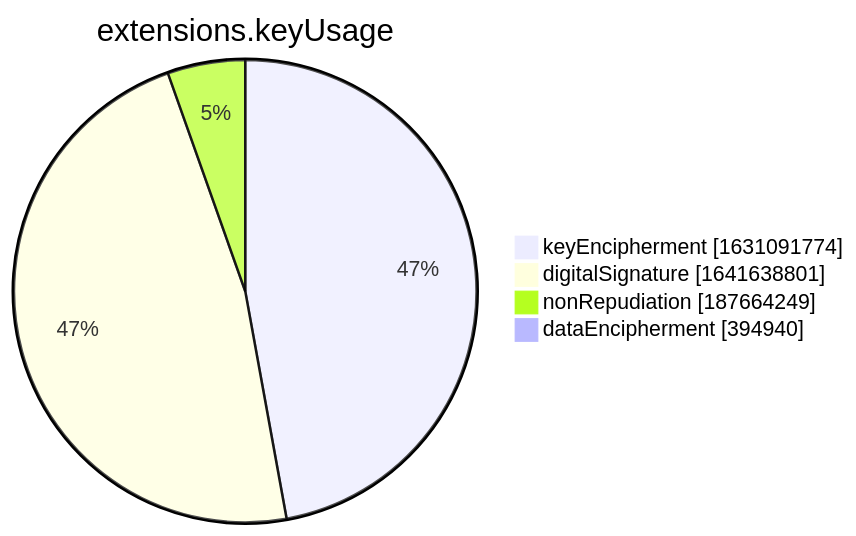
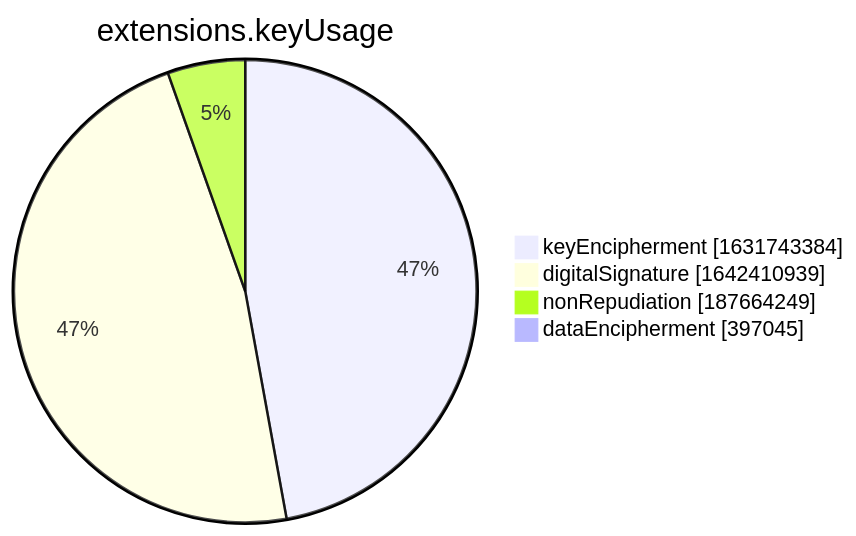
Before and after one commit to christiankrug/ctmonitor_visualization: the seventh of 15 diagrams in xenon2022/README.md, drawn with Mermaid. The commit also changed other lines of this file, not shown here.

````diff
--- a/xenon2022/README.md
+++ b/xenon2022/README.md
@@ -2855,8 +2855,8 @@
 ```mermaid
 pie showData
 title extensions.keyUsage
-"keyEncipherment" :1631091774
-"digitalSignature" :1641638801
+"keyEncipherment" :1631743384
+"digitalSignature" :1642410939
 "nonRepudiation" :187664249
-"dataEncipherment" :394940
+"dataEncipherment" :397045
 ```
````
